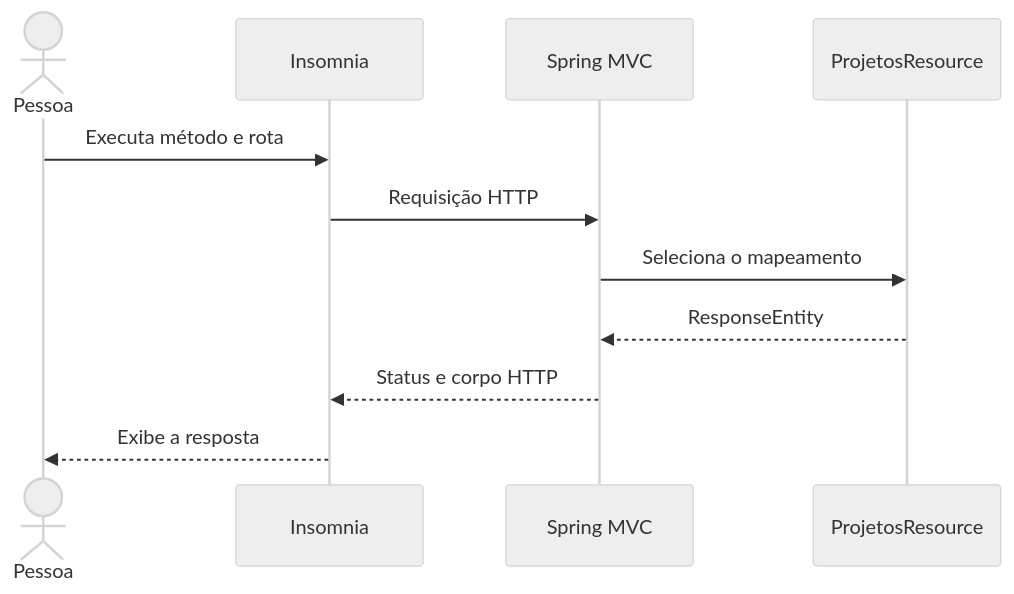
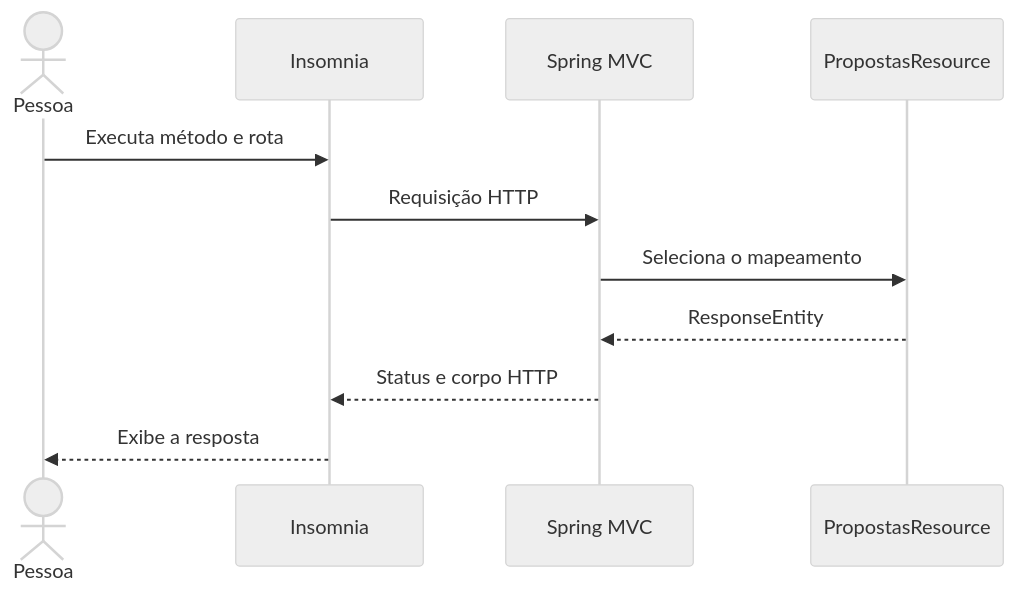
Before and after one commit to F290-TP2/PIApi: the diagram in docs/01-api-rest-insomnia.md, drawn with Mermaid (neutral theme). The commit also changed other lines of this file and 21 other files, not shown here.

````diff
--- a/docs/01-api-rest-insomnia.md
+++ b/docs/01-api-rest-insomnia.md
@@ -39,13 +39,13 @@
 ```mermaid
 sequenceDiagram
     actor Pessoa
     participant I as Insomnia
     participant S as Spring MVC
-    participant C as ProjetosResource
+    participant C as PropostasResource
     Pessoa->>I: Executa método e rota
     I->>S: Requisição HTTP
     S->>C: Seleciona o mapeamento
     C-->>S: ResponseEntity
     S-->>I: Status e corpo HTTP
     I-->>Pessoa: Exibe a resposta
 ```
````
